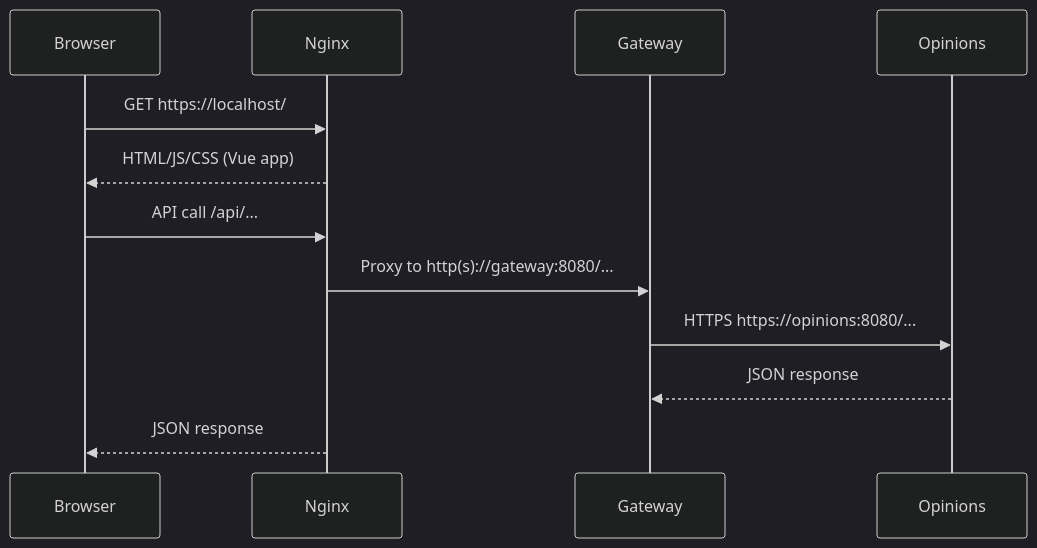
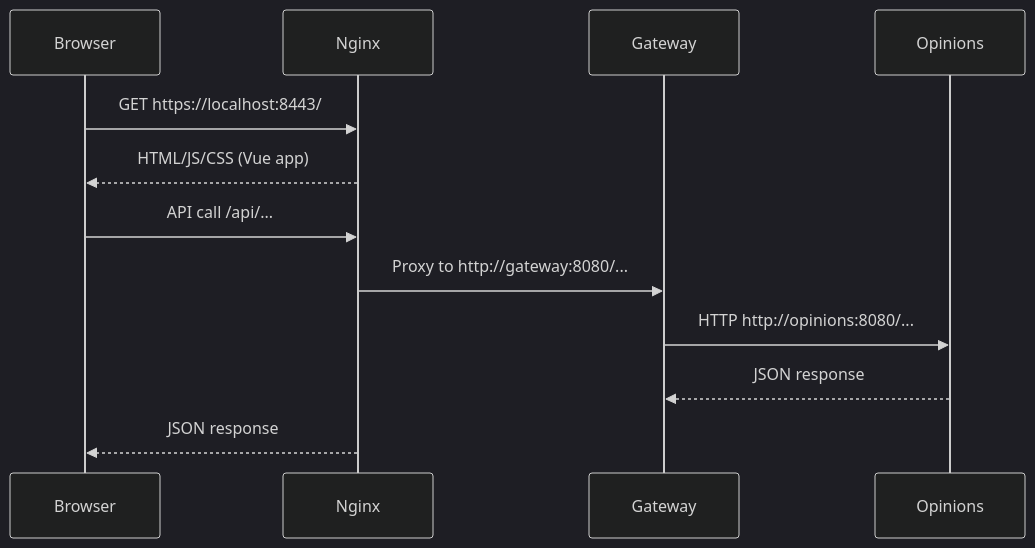
The third of 4 diagrams in docs/docker-architecture.md (owrmille/r8n), drawn with Mermaid (dark theme) before and after one commit. The commit also changed other lines of this file and 6 other files, not shown here.

````diff
--- a/docs/docker-architecture.md
+++ b/docs/docker-architecture.md
@@ -48,16 +48,16 @@
 ```mermaid
 sequenceDiagram
   participant B as Browser
   participant N as Nginx
   participant G as Gateway
   participant O as Opinions
 
-  B->>N: GET https://localhost/
+  B->>N: GET https://localhost:8443/
   N-->>B: HTML/JS/CSS (Vue app)
 
   B->>N: API call /api/...
-  N->>G: Proxy to http(s)://gateway:8080/...
-  G->>O: HTTPS https://opinions:8080/...
+  N->>G: Proxy to http://gateway:8080/...
+  G->>O: HTTP http://opinions:8080/...
   O-->>G: JSON response
   N-->>B: JSON response
 ```
````
